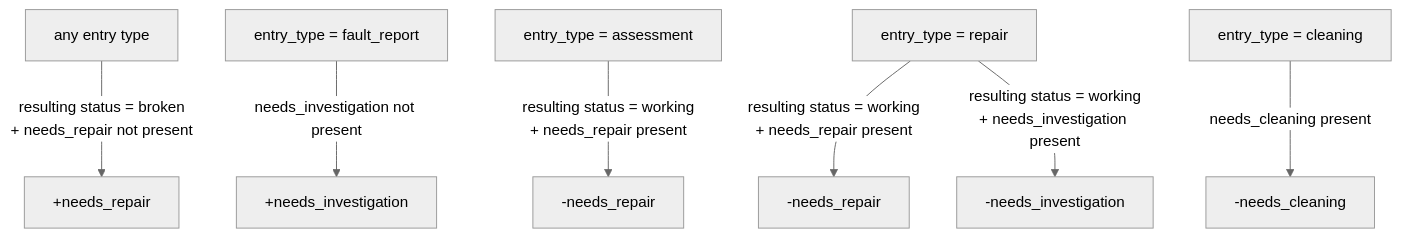
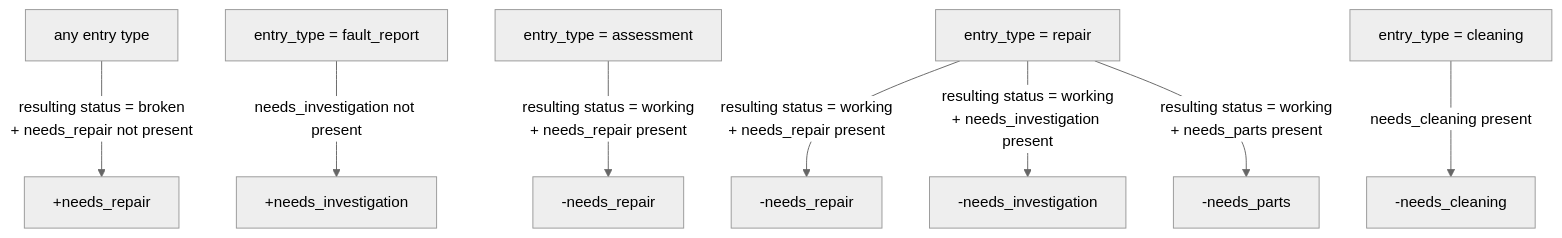
Before and after one commit to smemmusic/repairs-tracker: the diagram in readme.md, drawn with Mermaid (neutral theme). The commit also changed other lines of this file and 2 other files, not shown here.

````diff
--- a/readme.md
+++ b/readme.md
@@ -271,19 +271,20 @@
 ```mermaid
 flowchart TD
     Any["any entry type"]
     FaultReport["entry_type = fault_report"]
     Assessment["entry_type = assessment"]
     Repair["entry_type = repair"]
     Cleaning["entry_type = cleaning"]
 
     Any -->|"resulting status = broken<br>+ needs_repair not present"| AddRepair["+needs_repair"]
 
     FaultReport -->|"needs_investigation not present"| AddInv["+needs_investigation"]
 
     Assessment -->|"resulting status = working<br>+ needs_repair present"| RemRepair["-needs_repair"]
 
     Repair -->|"resulting status = working<br>+ needs_repair present"| RemRepair2["-needs_repair"]
     Repair -->|"resulting status = working<br>+ needs_investigation present"| RemInv["-needs_investigation"]
+    Repair -->|"resulting status = working<br>+ needs_parts present"| RemParts["-needs_parts"]
 
     Cleaning -->|"needs_cleaning present"| RemCleaning["-needs_cleaning"]
 ```
````
